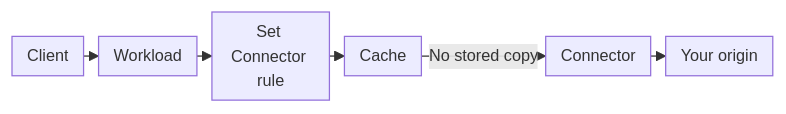
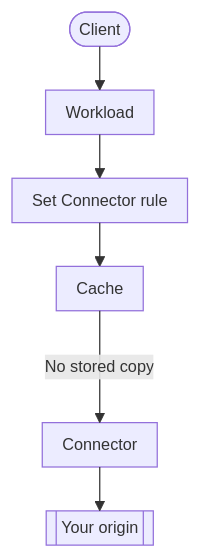
Before and after one commit to aziontech/docs: the diagram in apps/docs/src/content/docs/en/pages/main-menu/reference/secure/edge-connector/edge-connector.mdx, drawn with Mermaid. The commit also changed 179 other files, not shown here.

Commit message:
docs(diagrams): redraw every other diagram in the use-case diagram style (#2513)

````diff
--- a/apps/docs/src/content/docs/en/pages/main-menu/reference/secure/edge-connector/edge-connector.mdx
+++ b/apps/docs/src/content/docs/en/pages/main-menu/reference/secure/edge-connector/edge-connector.mdx
@@ -56,9 +56,9 @@
 ```mermaid
-%%{init: {"layout": "dagre", "themeVariables": {"fontSize": "13px"}, "flowchart": {"nodeSpacing": 12, "rankSpacing": 12, "padding": 6, "wrappingWidth": 70, "minNodeWidth": 40, "useMaxWidth": true}}}%%
-flowchart LR
-  C["Client"] --> W["Workload"]
+%%{init: {"layout": "elk", "themeVariables": {"fontSize": "13px"}, "flowchart": {"nodeSpacing": 24, "rankSpacing": 36, "padding": 8, "wrappingWidth": 150, "useMaxWidth": true}, "sequence": {"width": 120, "actorMargin": 30, "useMaxWidth": true}}}%%
+flowchart TD
+  C(["Client"]) --> W["Workload"]
   W --> R["Set Connector rule"]
   R --> K["Cache"]
   K -->|"No stored copy"| N["Connector"]
-  N --> O["Your origin"]
+  N --> O[["Your origin"]]
 ```
````
